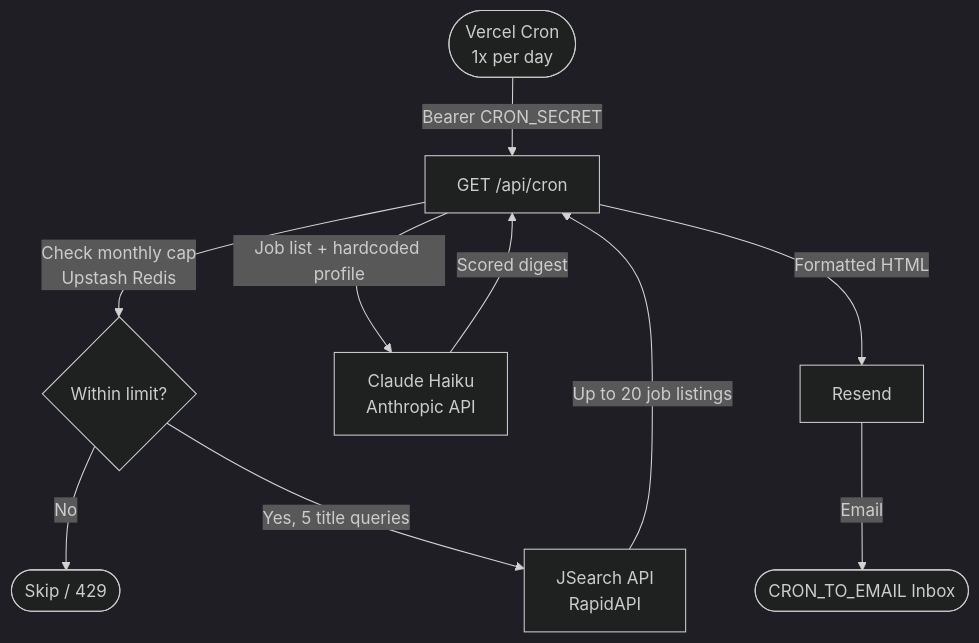
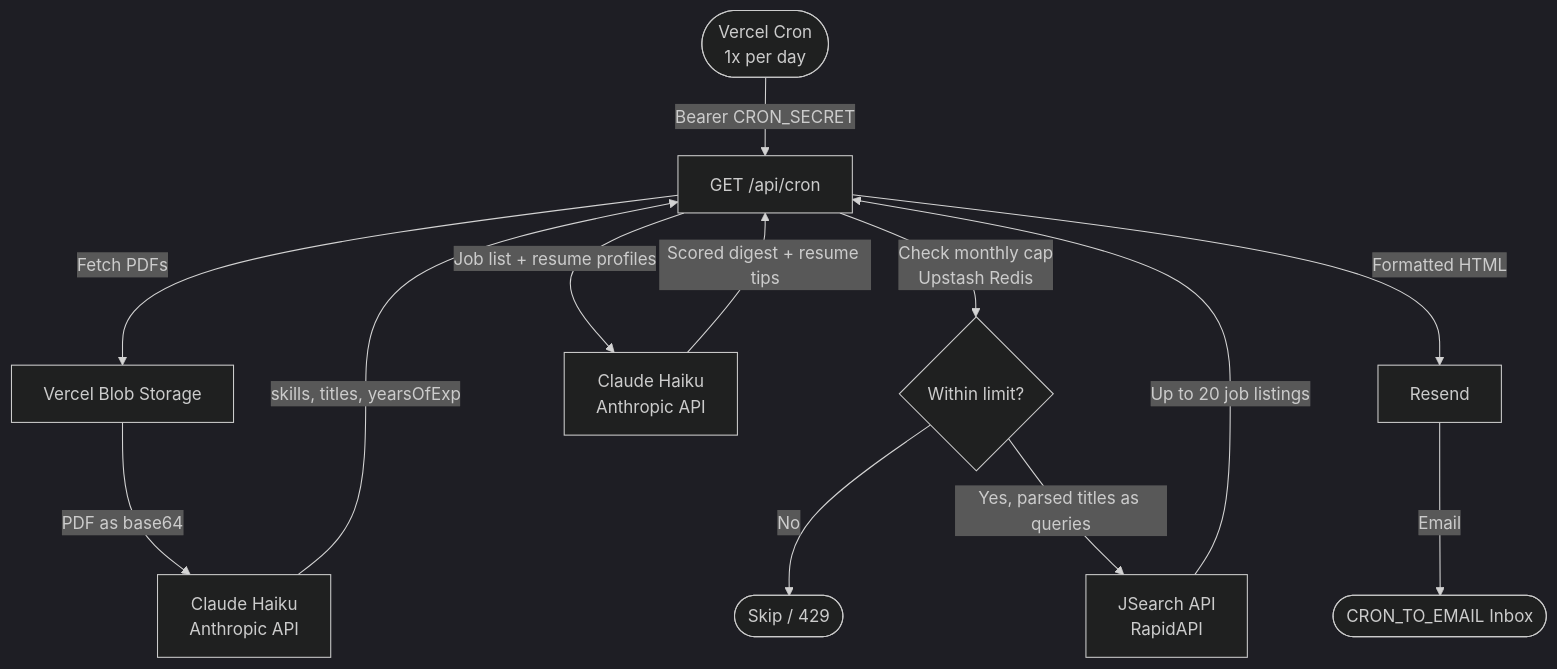
The second of 2 diagrams in README.md (thushanthbengre22-dev/job-search-agent), drawn with Mermaid (dark theme) before and after one commit. The commit also changed other lines of this file and 16 other files, not shown here.

Commit message:
Cron Job Improvements and tests

````diff
--- a/README.md
+++ b/README.md
@@ -48,12 +49,15 @@
 ```mermaid
 flowchart TD
     A(["Vercel Cron\n1x per day"]) -->|Bearer CRON_SECRET| B["GET /api/cron"]
-    B -->|"Check monthly cap\nUpstash Redis"| C{Within limit?}
-    C -->|No| D([Skip / 429])
-    C -->|"Yes, 5 title queries"| E["JSearch API\nRapidAPI"]
-    E -->|Up to 20 job listings| B
-    B -->|Job list + hardcoded profile| F["Claude Haiku\nAnthropic API"]
-    F -->|Scored digest| B
-    B -->|Formatted HTML| G[Resend]
-    G -->|Email| H([CRON_TO_EMAIL Inbox])
+    B -->|Fetch PDFs| C["Vercel Blob Storage"]
+    C -->|PDF as base64| D["Claude Haiku\nAnthropic API"]
+    D -->|skills, titles, yearsOfExp| B
+    B -->|"Check monthly cap\nUpstash Redis"| E{Within limit?}
+    E -->|No| F([Skip / 429])
+    E -->|"Yes, parsed titles as queries"| G["JSearch API\nRapidAPI"]
+    G -->|Up to 20 job listings| B
+    B -->|Job list + resume profiles| H["Claude Haiku\nAnthropic API"]
+    H -->|"Scored digest + resume tips"| B
+    B -->|Formatted HTML| I[Resend]
+    I -->|Email| J([CRON_TO_EMAIL Inbox])
 ```
````
